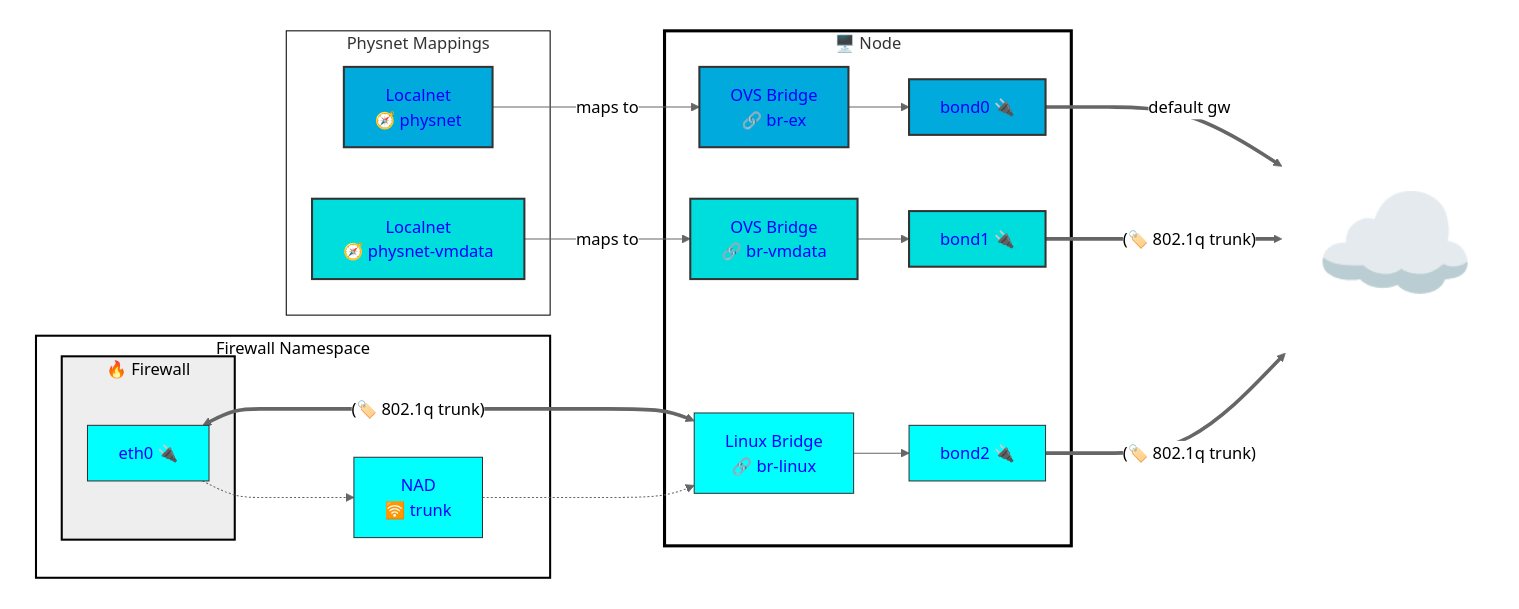
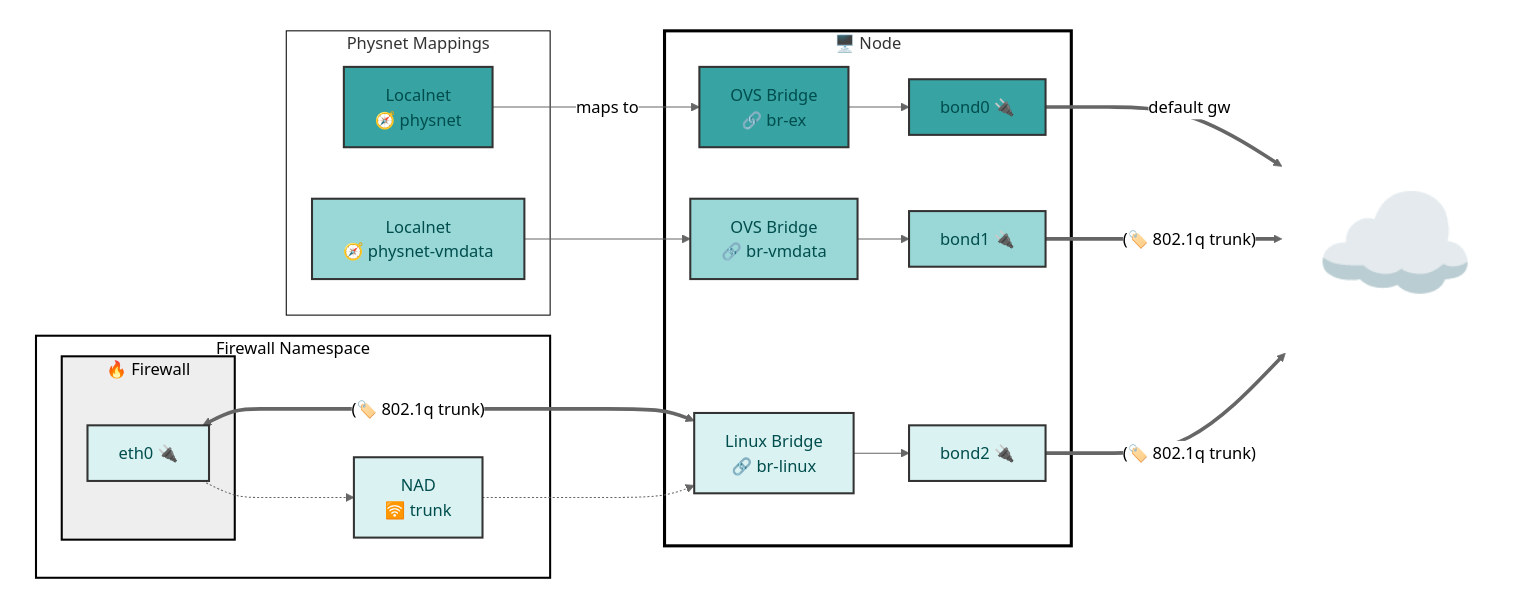
The seventh of 7 diagrams in README.md (dlbewley/demo-rhone-26), drawn with Mermaid (neutral theme) before and after one commit. The commit also changed other lines of this file, not shown here.

````diff
--- a/README.md
+++ b/README.md
@@ -422,69 +393,64 @@
 ```mermaid
 graph LR;
     subgraph Cluster[" "]
 
       subgraph Localnets["Physnet Mappings"]
         physnet-ex[Localnet<br> 🧭 physnet]
         physnet-vmdata[Localnet<br> 🧭 physnet-vmdata]
       end
         subgraph ns-client[" Firewall Namespace"]
           nad-vgt-client[NAD<br> 🛜 trunk]
           subgraph vm-client["🔥 Firewall"]
               vgt-client-eth0[eth0 🔌]
           end
         end
 
       subgraph node1["🖥️ Node "]
         br-ex[ OVS Bridge<br> 🔗 br-ex]
         br-vmdata[ OVS Bridge<br> 🔗 br-vmdata]
         br-linux[ Linux Bridge<br> 🔗 br-linux]
         node1-bond0[bond0 🔌]
         node1-bond1[bond1 🔌]
         node1-bond2[bond2 🔌]
       end
     end
 
     physnet-ex -- maps to --> br-ex
-    physnet-vmdata -- maps to --> br-vmdata
+    physnet-vmdata --> br-vmdata
     br-ex --> node1-bond0
     br-vmdata --> node1-bond1
     br-linux --> node1-bond2
     vgt-client-eth0 <==(🏷️ 802.1q trunk)==> br-linux
     vgt-client-eth0 -.-> nad-vgt-client
     nad-vgt-client -.->  br-linux
 
     Internet["☁️ "]:::Internet
     node1-bond0 ==default gw==> Internet
     node1-bond1 ==(🏷️ 802.1q trunk)==> Internet
     node1-bond2 ==(🏷️ 802.1q trunk)==> Internet
 
-    classDef node-eth fill:#00dddd,color:#00f,stroke:#333,stroke-width:2px
+    classDef bond0 fill:#37A3A3,color:#004d4d,stroke:#333,stroke-width:2px
+    class br-ex,physnet-ex,node1-bond0 bond0
 
-    classDef vlan-default fill:#00aadd,color:#00f,stroke:#333,stroke-width:2px
-    class br-ex,physnet-ex,node1-bond0 vlan-default
+    classDef bond1 fill:#9ad8d8,color:#004d4d,stroke:#333,stroke-width:2px
+    class br-vmdata,physnet-vmdata,node1-bond1 bond1
 
-    classDef vlan-1924 fill:#00dddd,color:#00f,stroke:#333,stroke-width:2px
-    class br-vmdata,physnet-vmdata vlan-1924
+    classDef bond2 fill:#daf2f2,color:#004d4d,stroke:#333,stroke-width:2px
+    class nad-vgt-client,vgt-client-eth0,br-linux,node1-bond2 bond2
 
     classDef labels stroke-width:1px,color:#fff,fill:#005577
     classDef networks fill:#cdd,stroke-width:0px
 
     style Localnets fill:#fff,stroke:#000,stroke-width:1px
     style Cluster color:#000,fill:#fff,stroke:#333,stroke-width:0px
     style Internet fill:none,stroke-width:0px,font-size:+2em
 
     classDef nodes fill:#fff,stroke:#000,stroke-width:3px
     class node1,node2,node3 nodes
 
-    classDef node-eth fill:#00dddd,color:#00f,stroke:#333,stroke-width:2px
-    class node1-bond1 node-eth
-
-    classDef nad-vgt fill:#00ffff,color:#00f,stroke:#333,stroke-width:1px
-    class nad-vgt-client,vgt-client-eth0,node1-bond2,br-linux nad-vgt
-
     classDef vm color:#000,fill:#eee,stroke:#000,stroke-width:2px
     class vm-client,vm-ldap,vm-nfs vm
 
     classDef namespace color:#000,fill:#fff,stroke:#000,stroke-width:2px;
     class ns-nfs,ns-client,ns-ldap namespace;
 ```
````
